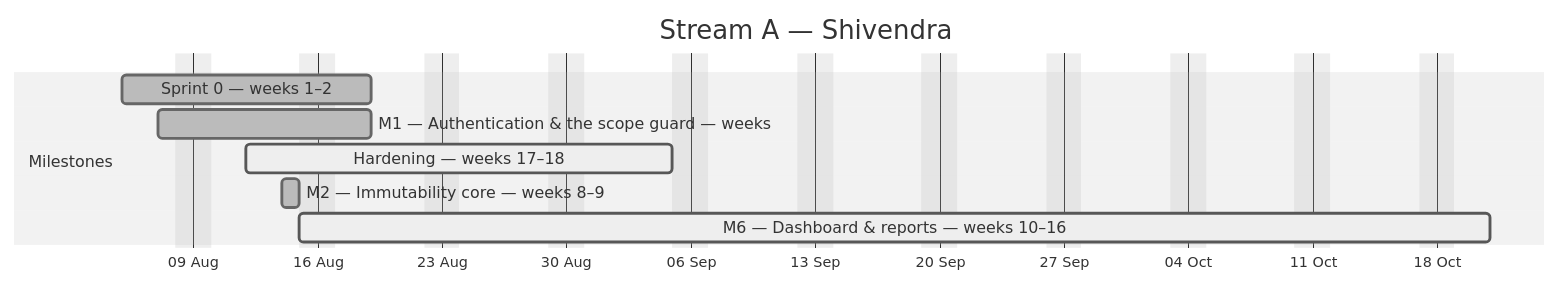
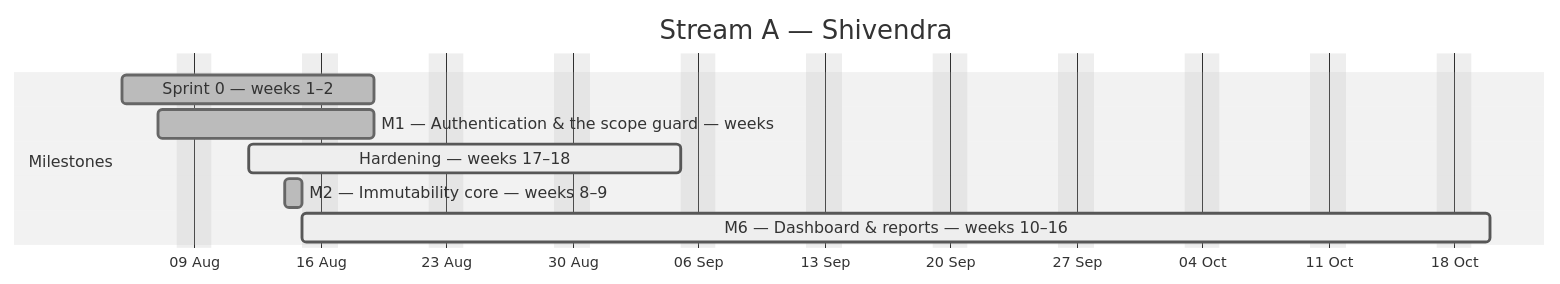
One commit to debashisedunext/EduTrack changed the first of 4 diagrams in docs/plan/GANTT.md. Above: the diagram before and after it, drawn with Mermaid (neutral theme). The commit also changed other lines of this file and 3 other files, not shown here.

````diff
--- a/docs/plan/GANTT.md
+++ b/docs/plan/GANTT.md
@@ -111,13 +111,13 @@
 ```mermaid
 gantt
     dateFormat YYYY-MM-DD
     axisFormat %d %b
     title Stream A — Shivendra
     excludes weekends
     section Milestones
     Sprint 0 — weeks 1–2 :done, a0, 2026-08-05, 10d
     M1 — Authentication & the scope guard — weeks :done, a1, 2026-08-07, 8d
     Hardening — weeks 17–18 :active, a2, 2026-08-12, 18d
     M2 — Immutability core — weeks 8–9 :done, a3, 2026-08-14, 1d
-    M6 — Dashboard & reports — weeks 10–16 :active, a4, 2026-08-15, 48d
+    M6 — Dashboard & reports — weeks 10–16 :active, a4, 2026-08-15, 47d
 ```
````
